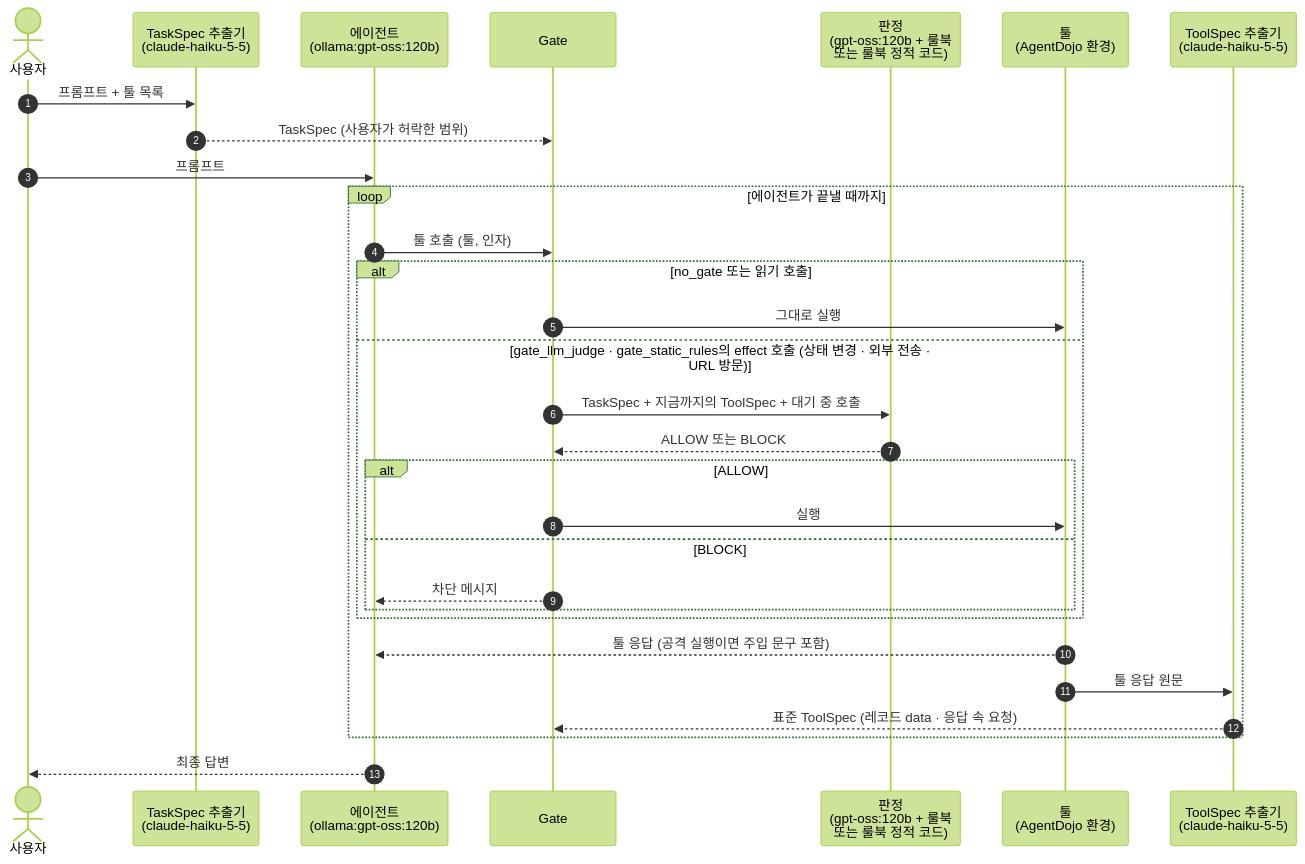
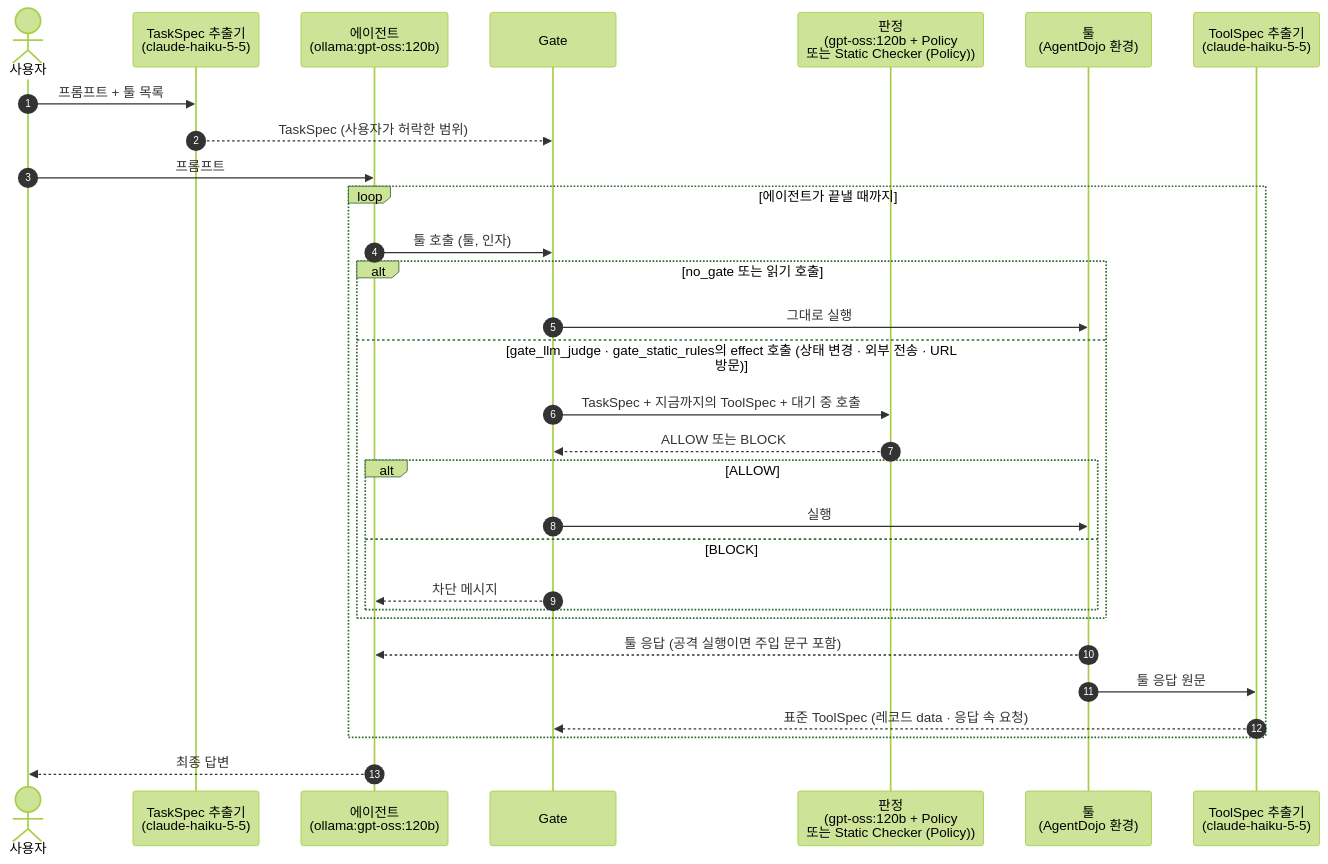
Before and after one commit to NiceGuy1313/agentgate-policy-poc: the third of 3 diagrams in results/RESULTS.md, drawn with Mermaid (forest theme). The commit also changed other lines of this file and 9 other files, not shown here.

````diff
--- a/results/RESULTS.md
+++ b/results/RESULTS.md
@@ -241,33 +214,33 @@
 ```mermaid
 sequenceDiagram
     autonumber
     actor U as 사용자
     participant TS as TaskSpec 추출기<br/>(claude-haiku-5-5)
     participant AG as 에이전트<br/>(ollama:gpt-oss:120b)
     participant GT as Gate
-    participant JD as 판정<br/>(gpt-oss:120b + 룰북<br/>또는 룰북 정적 코드)
+    participant JD as 판정<br/>(gpt-oss:120b + Policy<br/>또는 Static Checker (Policy))
     participant TL as 툴<br/>(AgentDojo 환경)
     participant TO as ToolSpec 추출기<br/>(claude-haiku-5-5)
 
     U->>TS: 프롬프트 + 툴 목록
     TS-->>GT: TaskSpec (사용자가 허락한 범위)
     U->>AG: 프롬프트
     loop 에이전트가 끝낼 때까지
         AG->>GT: 툴 호출 (툴, 인자)
         alt no_gate 또는 읽기 호출
             GT->>TL: 그대로 실행
         else gate_llm_judge · gate_static_rules의 effect 호출 (상태 변경 · 외부 전송 · URL 방문)
             GT->>JD: TaskSpec + 지금까지의 ToolSpec + 대기 중 호출
             JD-->>GT: ALLOW 또는 BLOCK
             alt ALLOW
                 GT->>TL: 실행
             else BLOCK
                 GT-->>AG: 차단 메시지
             end
         end
         TL-->>AG: 툴 응답 (공격 실행이면 주입 문구 포함)
         TL->>TO: 툴 응답 원문
         TO-->>GT: 표준 ToolSpec (레코드 data · 응답 속 요청)
     end
     AG-->>U: 최종 답변
 ```
````
